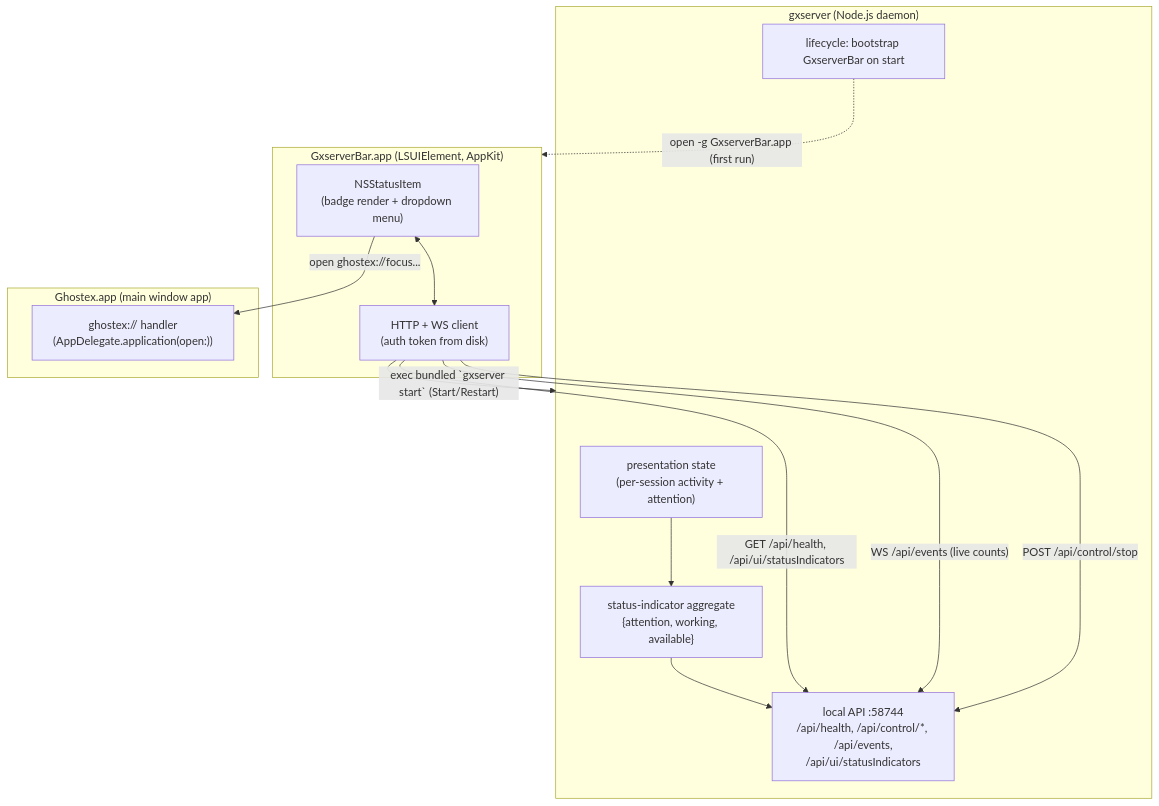
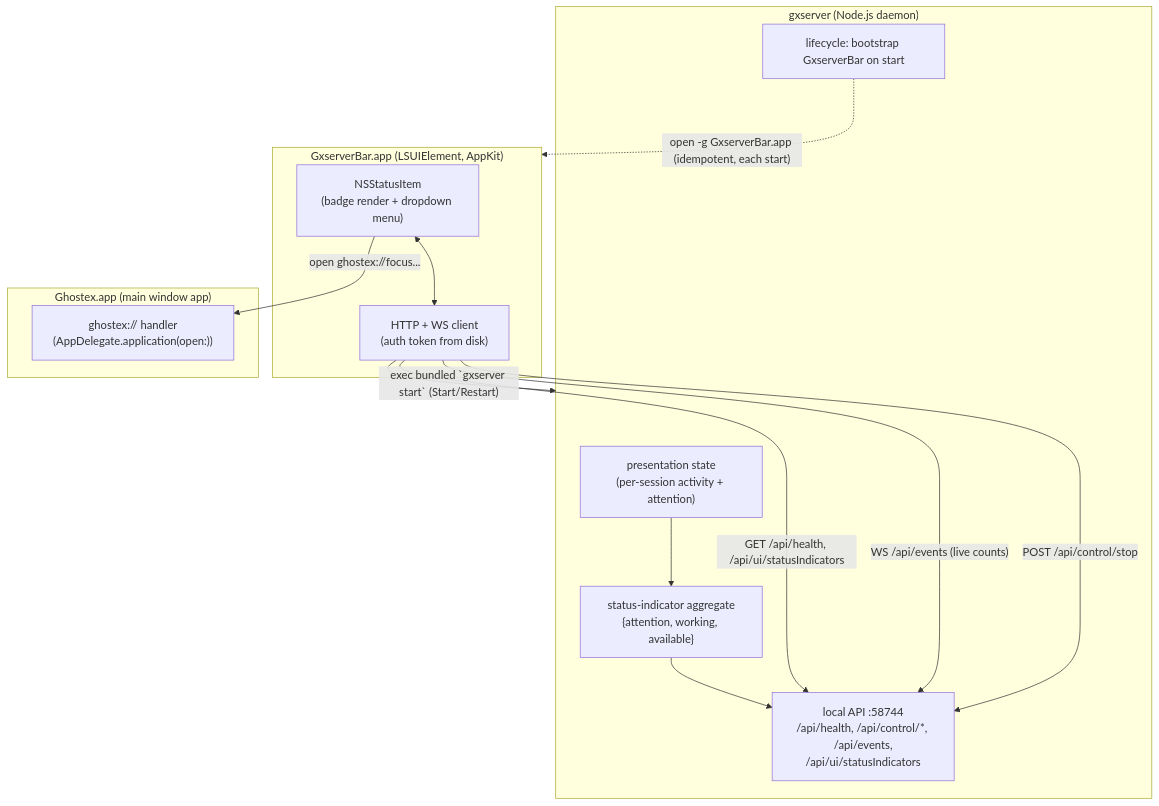
Before and after one commit to gsxdsm/Ghostex: the first of 2 diagrams in docs/plans/2026-06-12-001-feat-gxserver-menubar-agent-plan.md, drawn with Mermaid. The commit also changed other lines of this file, not shown here.

First line of the commit message:
docs: fix internal drift in gxserver menu-bar plan after review

````diff
--- a/docs/plans/2026-06-12-001-feat-gxserver-menubar-agent-plan.md
+++ b/docs/plans/2026-06-12-001-feat-gxserver-menubar-agent-plan.md
@@ -55,27 +55,27 @@
 ```mermaid
 flowchart TD
     subgraph daemon["gxserver (Node.js daemon)"]
         PRES["presentation state\n(per-session activity + attention)"]
         AGG["status-indicator aggregate\n{attention, working, available}"]
         API["local API :58744\n/api/health, /api/control/*, /api/events,\n/api/ui/statusIndicators"]
         LIFE["lifecycle: bootstrap GxserverBar on start"]
         PRES --> AGG --> API
     end
 
     subgraph bar["GxserverBar.app (LSUIElement, AppKit)"]
         STATUS["NSStatusItem\n(badge render + dropdown menu)"]
         CLIENT["HTTP + WS client\n(auth token from disk)"]
         STATUS <--> CLIENT
     end
 
     subgraph main["Ghostex.app (main window app)"]
         URLH["ghostex:// handler\n(AppDelegate.application(open:))"]
     end
 
-    LIFE -. "open -g GxserverBar.app (first run)" .-> bar
+    LIFE -. "open -g GxserverBar.app (idempotent, each start)" .-> bar
     CLIENT -- "GET /api/health, /api/ui/statusIndicators" --> API
     CLIENT -- "WS /api/events (live counts)" --> API
     CLIENT -- "POST /api/control/stop" --> API
     CLIENT -- "exec bundled `gxserver start` (Start/Restart)" --> daemon
     STATUS -- "open ghostex://focus..." --> URLH
 ```
````
